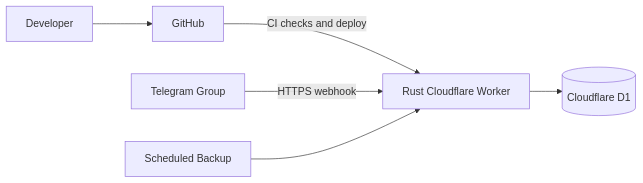
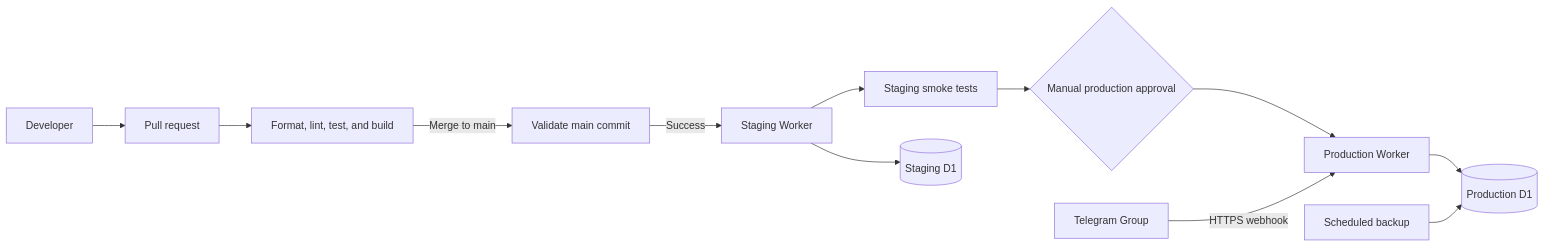
The diagram in README.md (clllllllllllllll/SettleBot), drawn with Mermaid before and after one commit. The commit also changed other lines of this file and 2 other files, not shown here.

````diff
--- a/README.md
+++ b/README.md
@@ -64,8 +69,14 @@
 ```mermaid
 flowchart LR
-    DEV[Developer] --> GH[GitHub]
-    GH -->|CI checks and deploy| CW[Rust Cloudflare Worker]
-    TG[Telegram Group] -->|HTTPS webhook| CW
-    CW --> D1[(Cloudflare D1)]
-    CRON[Scheduled Backup] --> CW
+    DEV[Developer] --> PR[Pull request]
+    PR --> CI[Format, lint, test, and build]
+    CI -->|Merge to main| MAIN[Validate main commit]
+    MAIN -->|Success| STG[Staging Worker]
+    STG --> SMOKE[Staging smoke tests]
+    SMOKE --> GATE{Manual production approval}
+    GATE --> PROD[Production Worker]
+    TG[Telegram Group] -->|HTTPS webhook| PROD
+    STG --> D1S[(Staging D1)]
+    PROD --> D1P[(Production D1)]
+    CRON[Scheduled backup] --> D1P
 ```
````
